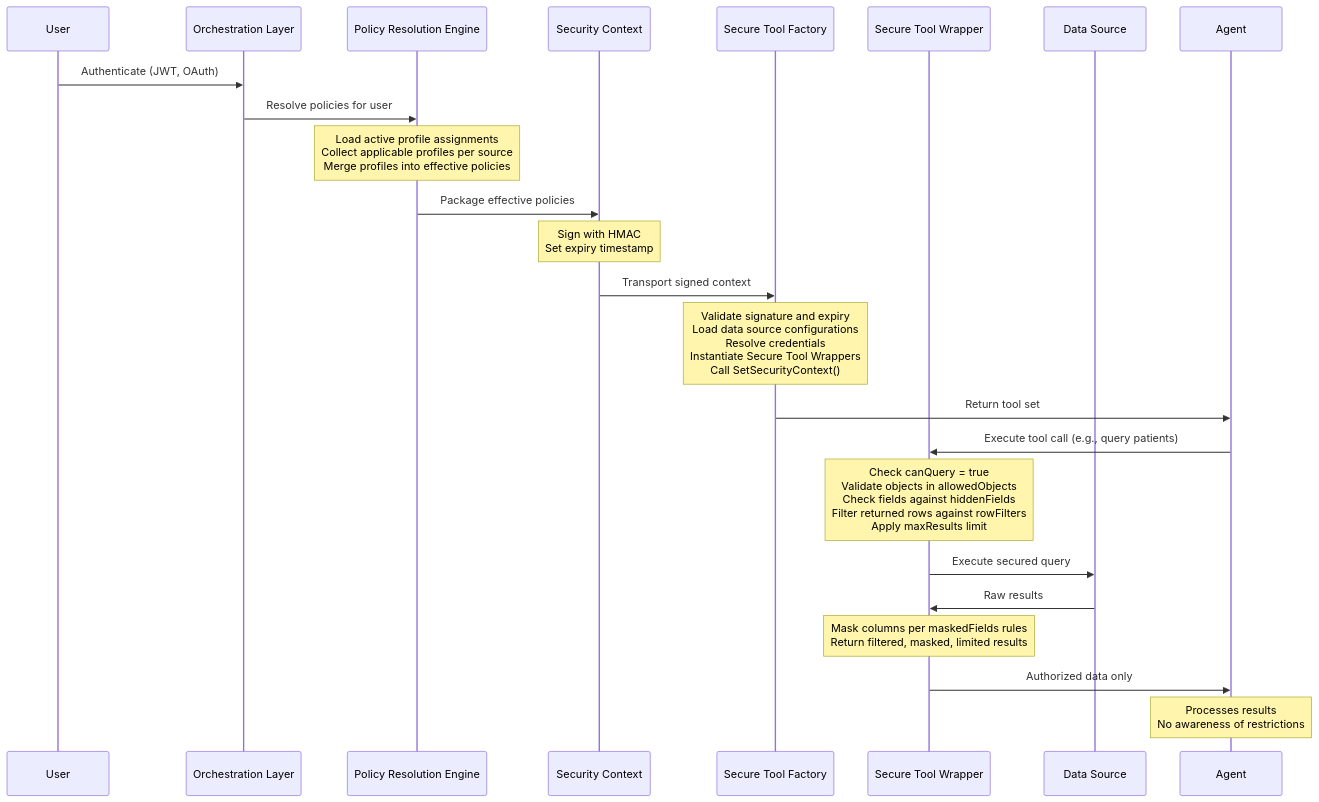
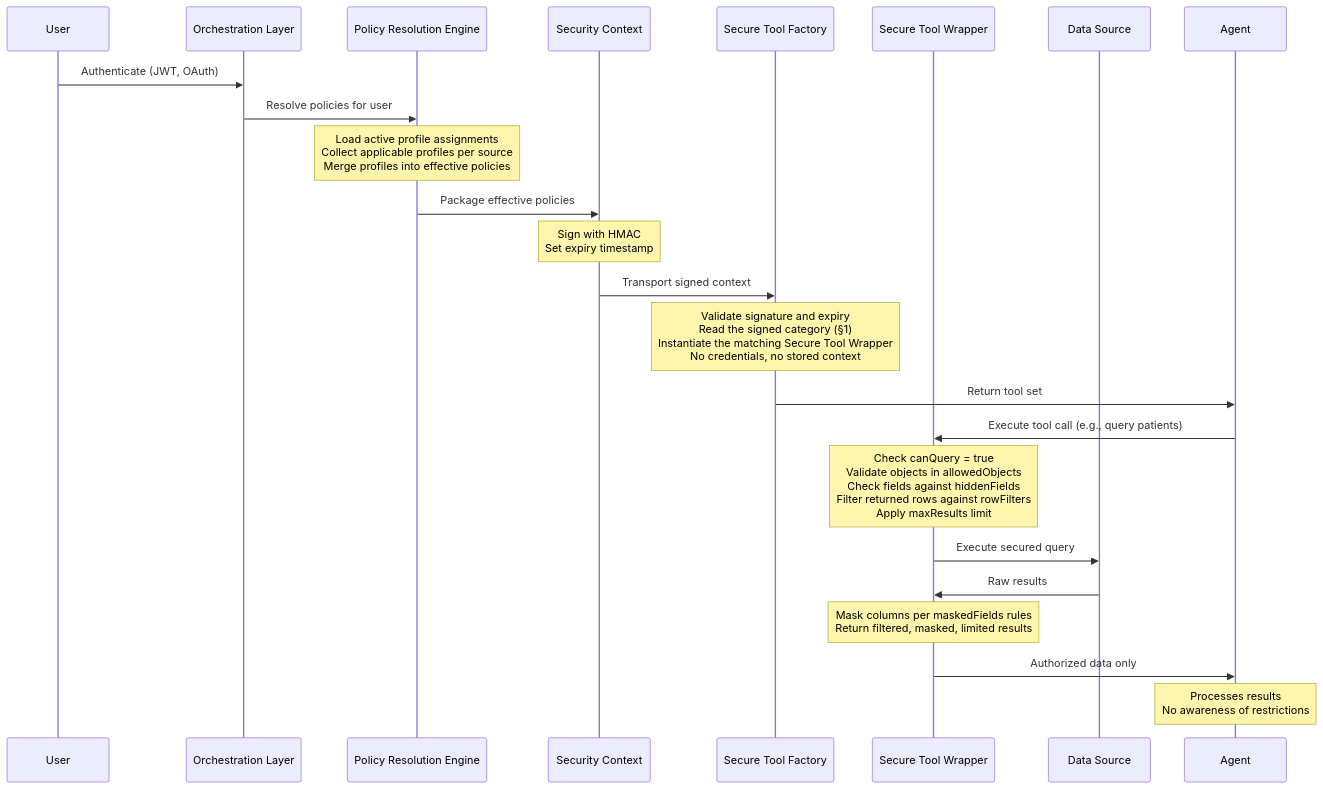
Before and after one commit to awslabs/tolap: the second of 11 diagrams in docs/architecture.md, drawn with Mermaid. The commit also changed other lines of this file and 20 other files, not shown here.

First line of the commit message:
feat: add the Secure Tool Factory to all three SDKs

````diff
--- a/docs/architecture.md
+++ b/docs/architecture.md
@@ -173,38 +193,38 @@
 ```mermaid
 sequenceDiagram
     participant User
     participant Orchestration as Orchestration Layer
     participant PRE as Policy Resolution Engine
     participant SC as Security Context
     participant Factory as Secure Tool Factory
     participant Wrapper as Secure Tool Wrapper
     participant DS as Data Source
     participant Agent
 
     User->>Orchestration: Authenticate (JWT, OAuth)
     Orchestration->>PRE: Resolve policies for user
 
     Note over PRE: Load active profile assignments<br/>Collect applicable profiles per source<br/>Merge profiles into effective policies
 
     PRE->>SC: Package effective policies
 
     Note over SC: Sign with HMAC<br/>Set expiry timestamp
 
     SC->>Factory: Transport signed context
 
-    Note over Factory: Validate signature and expiry<br/>Load data source configurations<br/>Resolve credentials<br/>Instantiate Secure Tool Wrappers<br/>Call SetSecurityContext()
+    Note over Factory: Validate signature and expiry<br/>Read the signed category (§1)<br/>Instantiate the matching Secure Tool Wrapper<br/>No credentials, no stored context
 
     Factory->>Agent: Return tool set
 
     Agent->>Wrapper: Execute tool call (e.g., query patients)
 
     Note over Wrapper: Check canQuery = true<br/>Validate objects in allowedObjects<br/>Check fields against hiddenFields<br/>Filter returned rows against rowFilters<br/>Apply maxResults limit
 
     Wrapper->>DS: Execute secured query
     DS->>Wrapper: Raw results
 
     Note over Wrapper: Mask columns per maskedFields rules<br/>Return filtered, masked, limited results
 
     Wrapper->>Agent: Authorized data only
     Note over Agent: Processes results<br/>No awareness of restrictions
 ```
````
